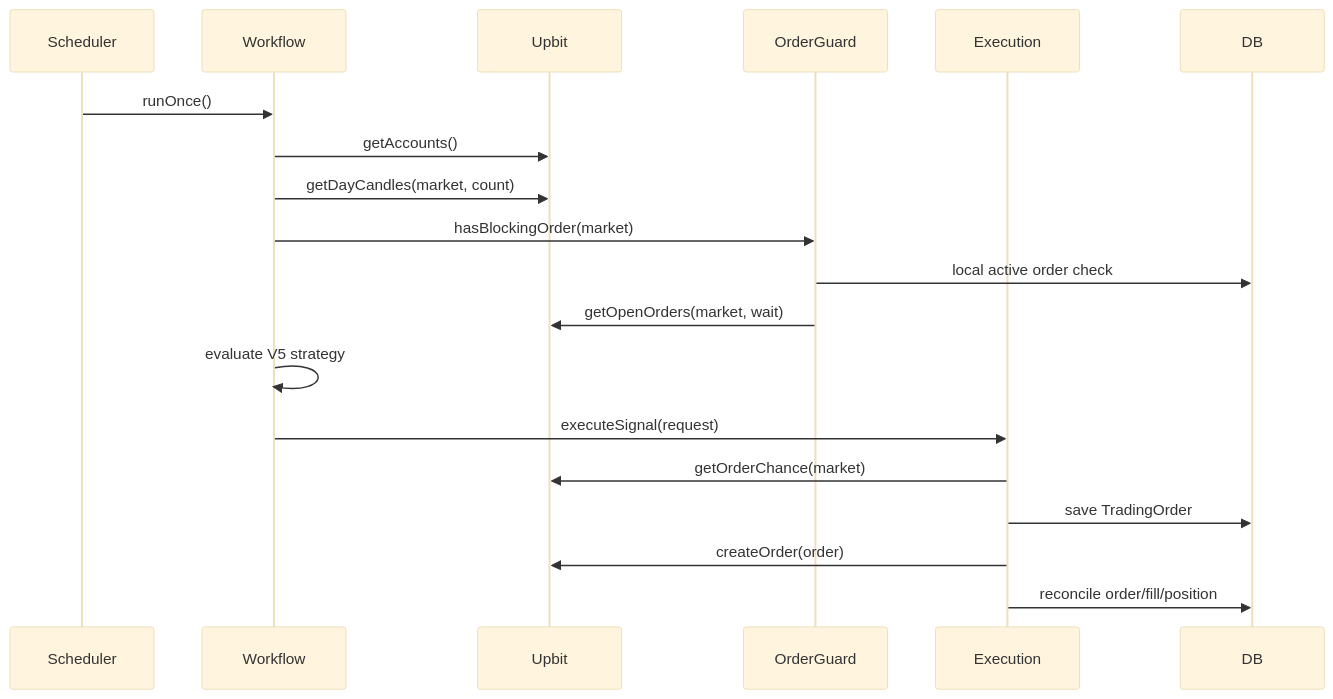
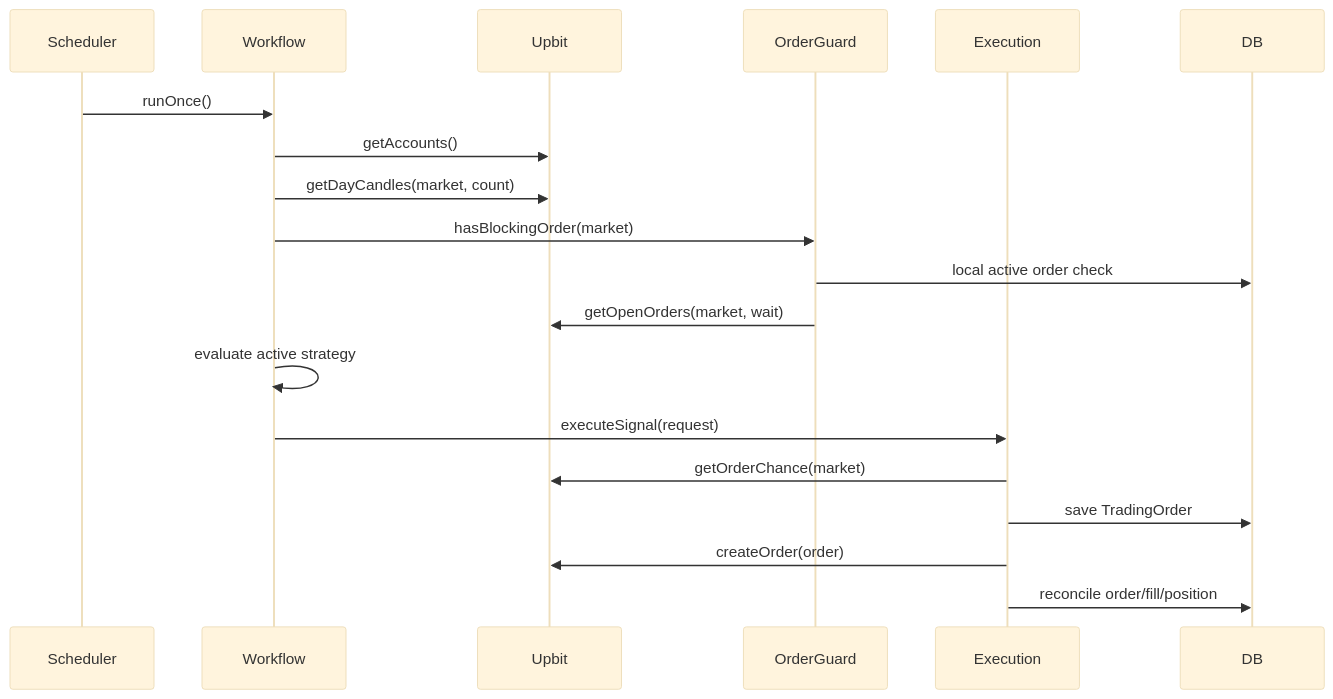
One commit to now-start/evergreen changed the second of 3 diagrams in docs/architecture.md. Above: the diagram before and after it, drawn with Mermaid (base theme). The commit also changed other lines of this file and 45 other files, not shown here.

````diff
--- a/docs/architecture.md
+++ b/docs/architecture.md
@@ -78,22 +78,22 @@
 ```mermaid
 sequenceDiagram
     participant S as Scheduler
     participant W as Workflow
     participant U as Upbit
     participant G as OrderGuard
     participant E as Execution
     participant DB as DB
 
     S->>W: runOnce()
     W->>U: getAccounts()
     W->>U: getDayCandles(market, count)
     W->>G: hasBlockingOrder(market)
     G->>DB: local active order check
     G->>U: getOpenOrders(market, wait)
-    W->>W: evaluate V5 strategy
+    W->>W: evaluate active strategy
     W->>E: executeSignal(request)
     E->>U: getOrderChance(market)
     E->>DB: save TradingOrder
     E->>U: createOrder(order)
     E->>DB: reconcile order/fill/position
 ```
````
